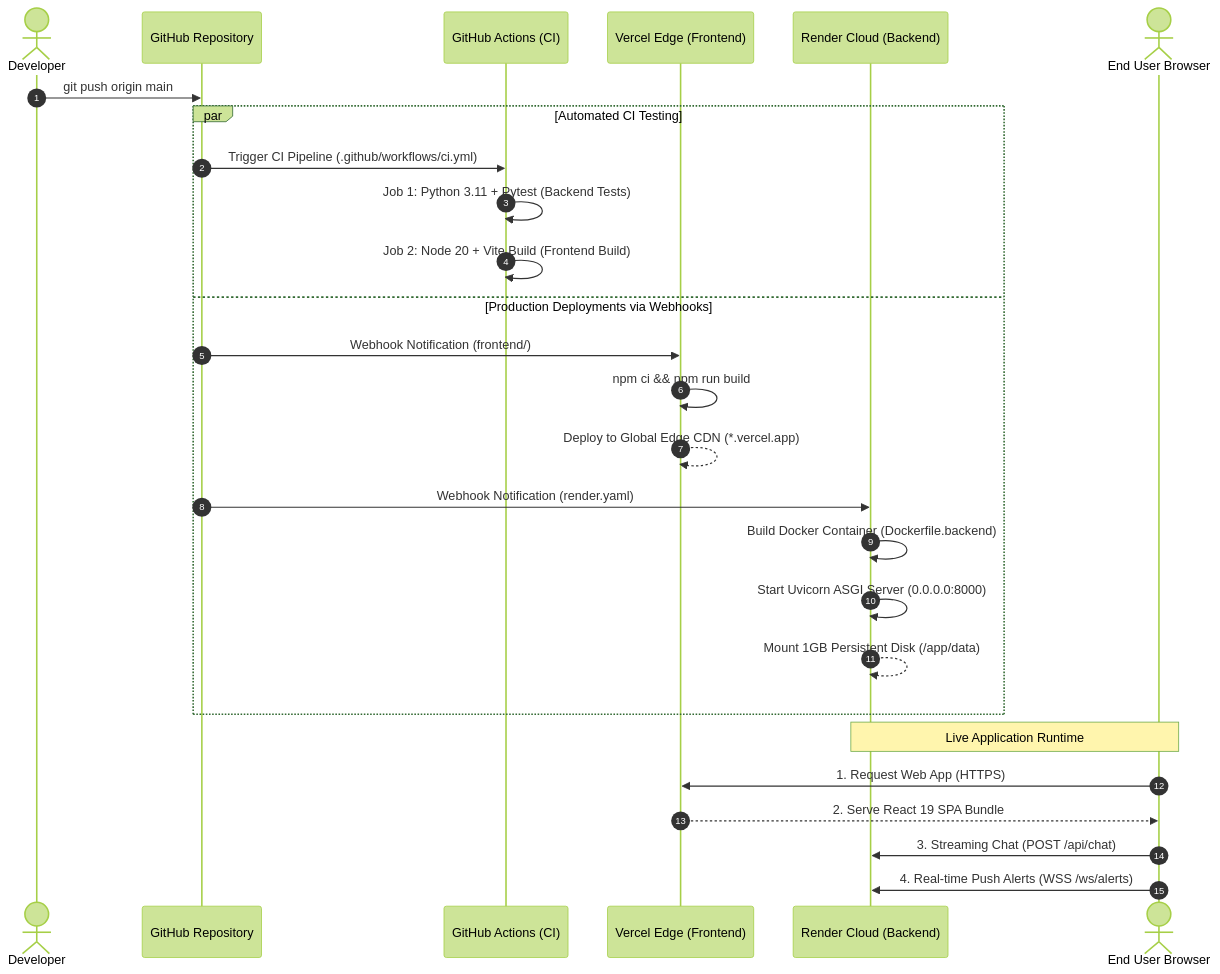
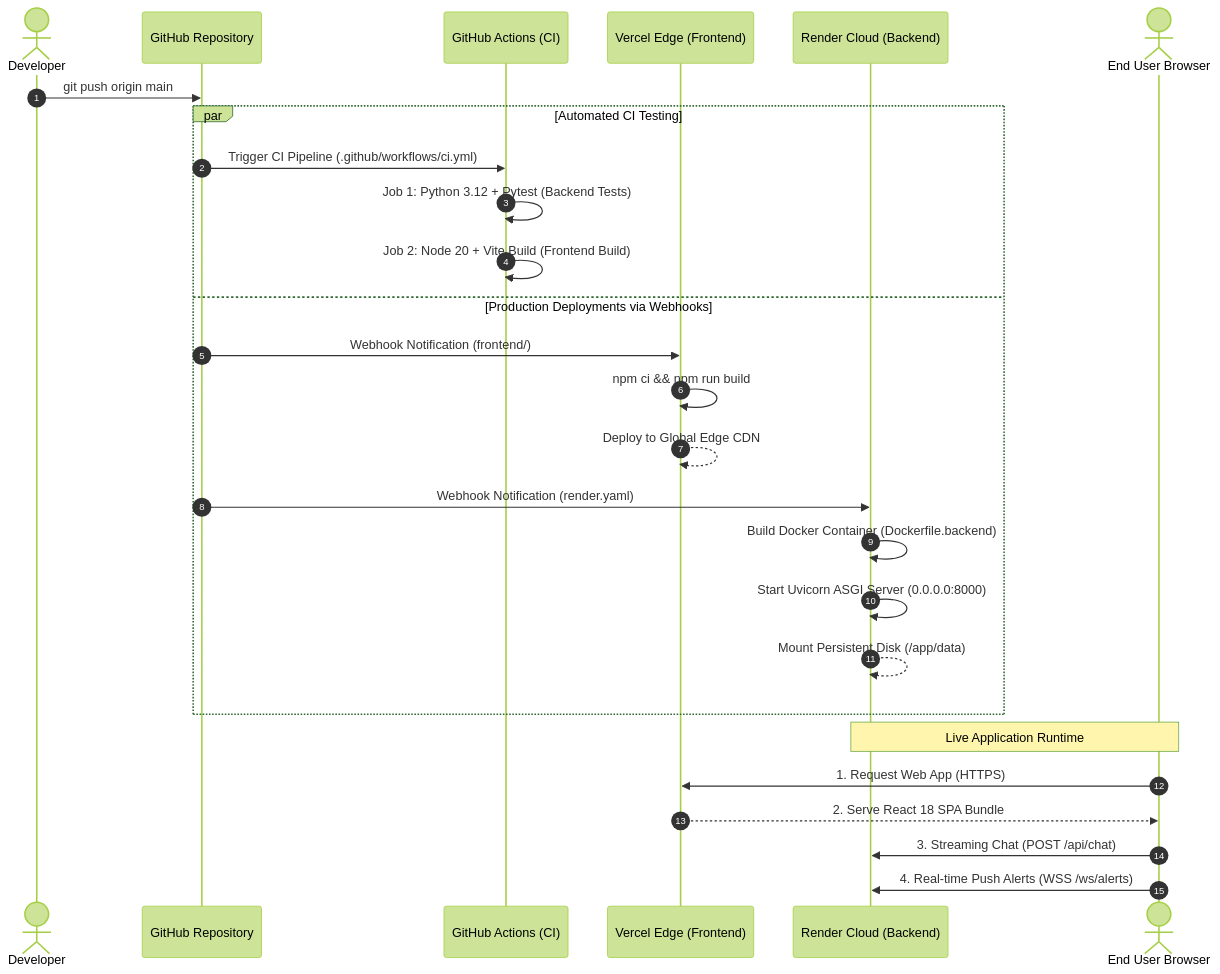
One commit to AscilCH/heatshield-mcp changed the fifth of 5 diagrams in ARCHITECTURE.md. Above: the diagram before and after it, drawn with Mermaid (forest theme). The commit also changed other lines of this file, not shown here.

Commit message:
docs(whitepaper): update system architecture whitepaper with 4-domain DDD, Polyglot ACID persistence, and modular SRP frontend

````diff
--- a/ARCHITECTURE.md
+++ b/ARCHITECTURE.md
@@ -184,32 +235,32 @@
 ```mermaid
 sequenceDiagram
     autonumber
     actor Dev as Developer
     participant GH as GitHub Repository
     participant GHA as GitHub Actions (CI)
     participant Vercel as Vercel Edge (Frontend)
     participant Render as Render Cloud (Backend)
     actor User as End User Browser
 
     Dev->>GH: git push origin main
     par Automated CI Testing
         GH->>GHA: Trigger CI Pipeline (.github/workflows/ci.yml)
-        GHA->>GHA: Job 1: Python 3.11 + Pytest (Backend Tests)
+        GHA->>GHA: Job 1: Python 3.12 + Pytest (Backend Tests)
         GHA->>GHA: Job 2: Node 20 + Vite Build (Frontend Build)
     and Production Deployments via Webhooks
         GH->>Vercel: Webhook Notification (frontend/)
         Vercel->>Vercel: npm ci && npm run build
-        Vercel-->>Vercel: Deploy to Global Edge CDN (*.vercel.app)
+        Vercel-->>Vercel: Deploy to Global Edge CDN
         
         GH->>Render: Webhook Notification (render.yaml)
         Render->>Render: Build Docker Container (Dockerfile.backend)
         Render->>Render: Start Uvicorn ASGI Server (0.0.0.0:8000)
-        Render-->>Render: Mount 1GB Persistent Disk (/app/data)
+        Render-->>Render: Mount Persistent Disk (/app/data)
     end
 
     Note over User,Render: Live Application Runtime
     User->>Vercel: 1. Request Web App (HTTPS)
-    Vercel-->>User: 2. Serve React 19 SPA Bundle
+    Vercel-->>User: 2. Serve React 18 SPA Bundle
     User->>Render: 3. Streaming Chat (POST /api/chat)
     User->>Render: 4. Real-time Push Alerts (WSS /ws/alerts)
 ```
````
